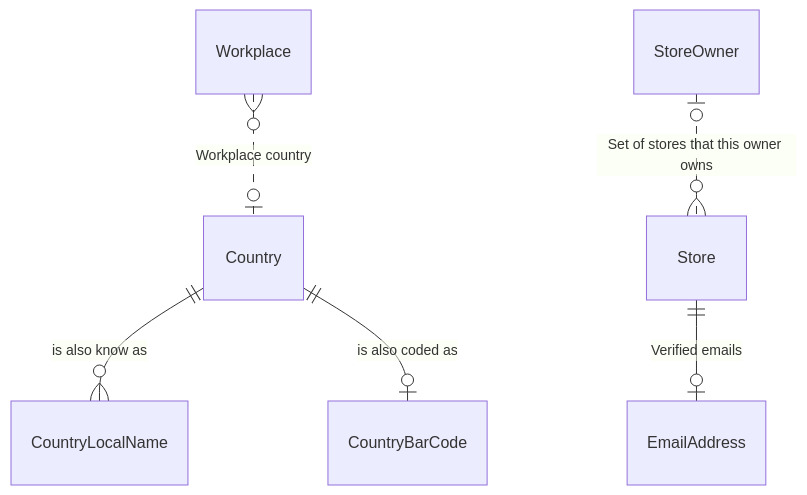
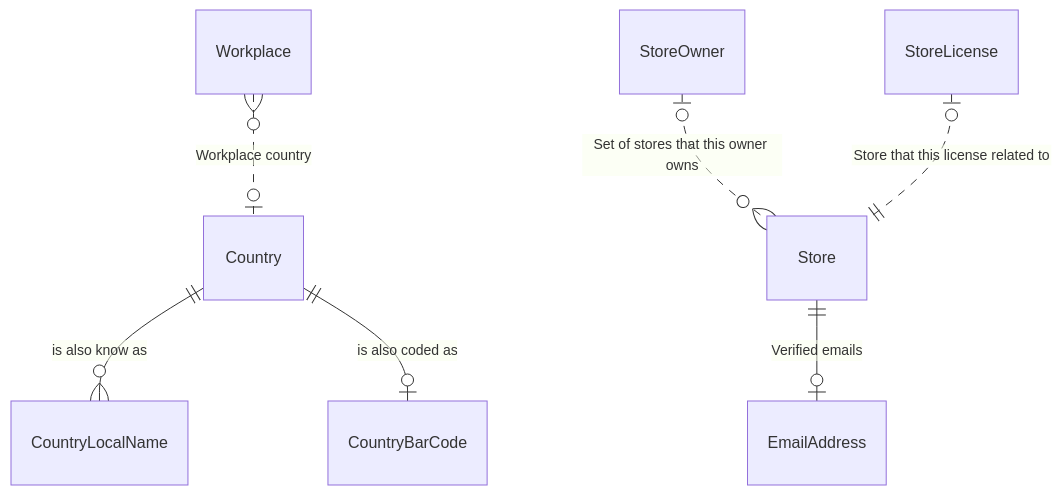
Before and after one commit to NoxOrg/Nox: the diagram in src/Nox.ClientApi.Tests/.nox/docs/README.md, drawn with Mermaid. The commit also changed other lines of this file and 49 other files, not shown here.

````diff
--- a/src/Nox.ClientApi.Tests/.nox/docs/README.md
+++ b/src/Nox.ClientApi.Tests/.nox/docs/README.md
@@ -11,23 +11,26 @@
 ``` mermaid
 erDiagram
     Country {
     }
     Country||--o{CountryLocalName : "is also know as"
     Country||--o|CountryBarCode : "is also coded as"
     CountryLocalName {
     }
     CountryBarCode {
     }
     Store {
     }
     Store||--o|EmailAddress : "Verified emails"
     Workplace {
     }
     Workplace}o..o|Country : "Workplace country"
     StoreOwner {
     }
     StoreOwner|o..o{Store : "Set of stores that this owner owns"
+    StoreLicense {
+    }
+    StoreLicense|o..||Store : "Store that this license related to"
     EmailAddress {
     }
 
 ```
````
